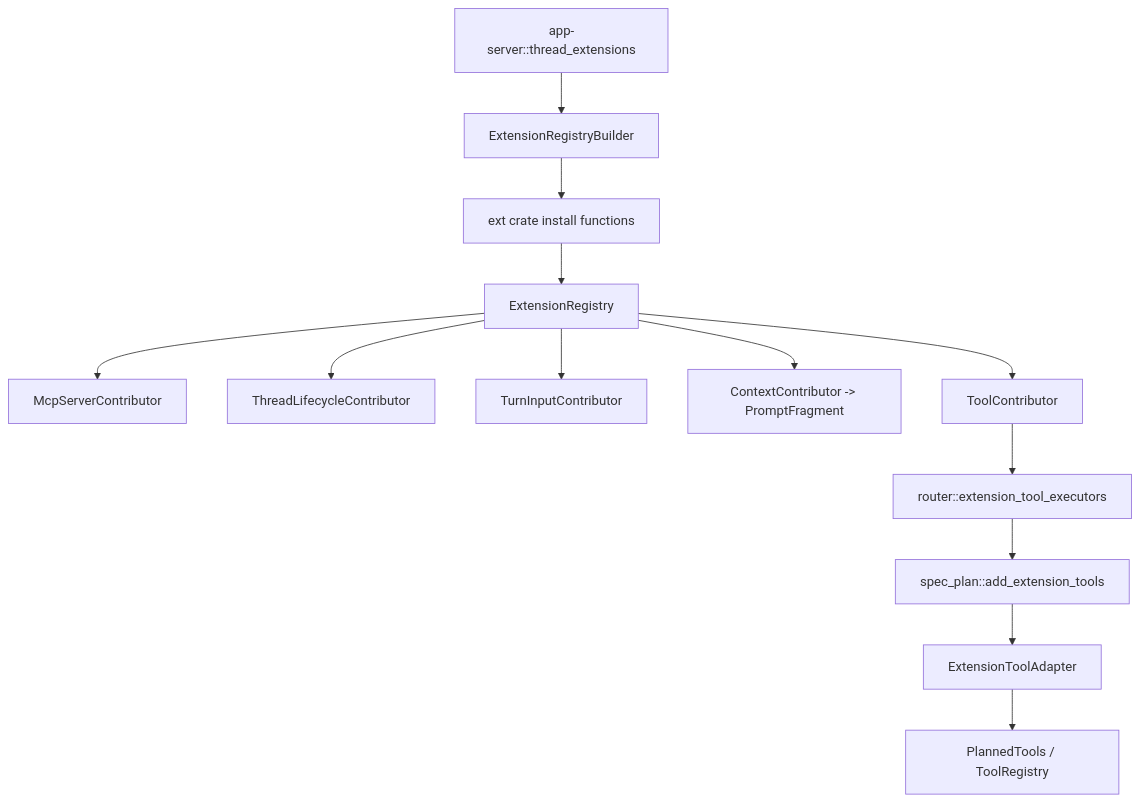
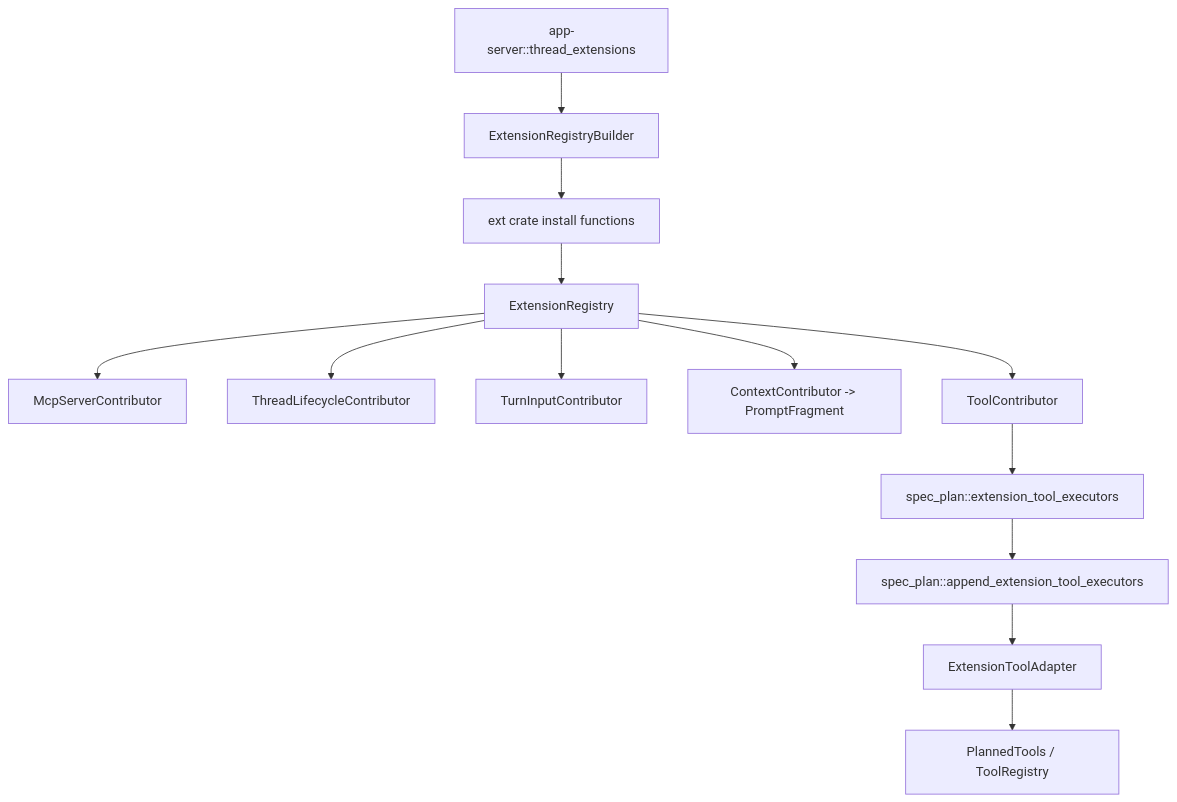
One commit to wdnmdtonyma/SOTA-Agent-LLM-Wiki changed the diagram in docs/llm-wiki/codex/spine/extension-system.md. Above: the diagram before and after it, drawn with Mermaid. The commit also changed other lines of this file and 183 other files, not shown here.

````diff
--- a/docs/llm-wiki/codex/spine/extension-system.md
+++ b/docs/llm-wiki/codex/spine/extension-system.md
@@ -26,15 +26,15 @@
 ```mermaid
 flowchart TD
     HOST["app-server::thread_extensions"] --> BUILDER["ExtensionRegistryBuilder<Config>"]
     BUILDER --> INSTALL["ext crate install functions"]
     INSTALL --> REGISTRY["ExtensionRegistry<Config>"]
     REGISTRY --> MCP["McpServerContributor"]
     REGISTRY --> LIFE["ThreadLifecycleContributor"]
     REGISTRY --> TURNINPUT["TurnInputContributor"]
     REGISTRY --> PROMPT["ContextContributor -> PromptFragment"]
     REGISTRY --> TOOLS["ToolContributor"]
-    TOOLS --> EXECUTORS["router::extension_tool_executors"]
-    EXECUTORS --> PLAN["spec_plan::add_extension_tools"]
+    TOOLS --> EXECUTORS["spec_plan::extension_tool_executors"]
+    EXECUTORS --> PLAN["spec_plan::append_extension_tool_executors"]
     PLAN --> ADAPTER["ExtensionToolAdapter"]
     ADAPTER --> CORE["PlannedTools / ToolRegistry"]
 ```
````
